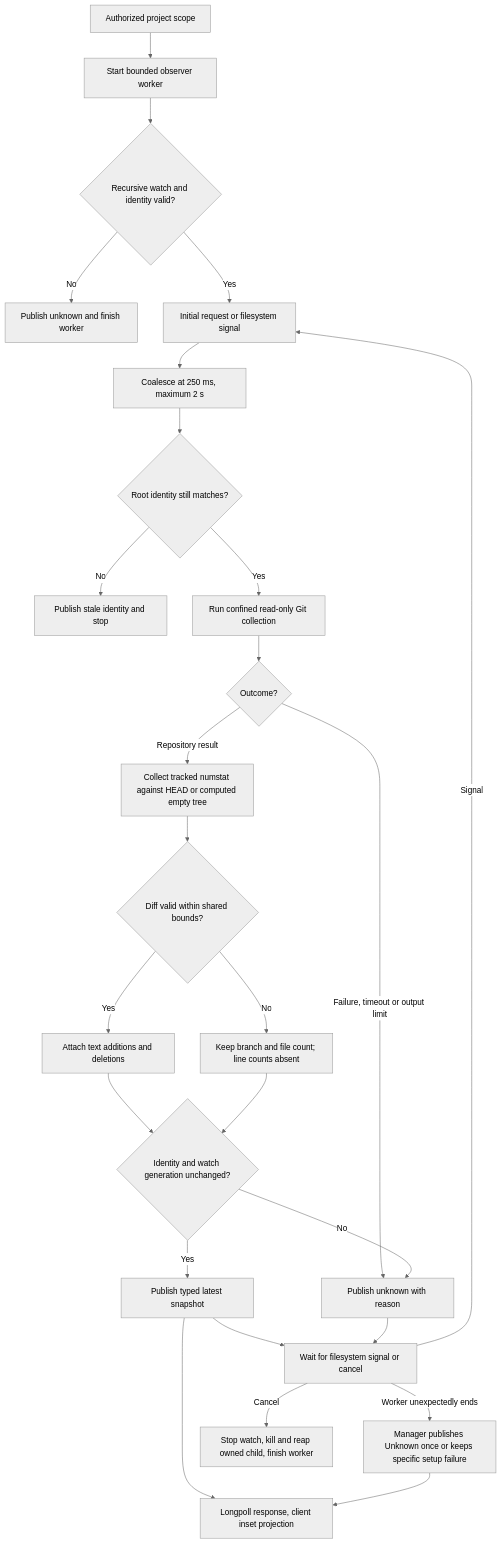
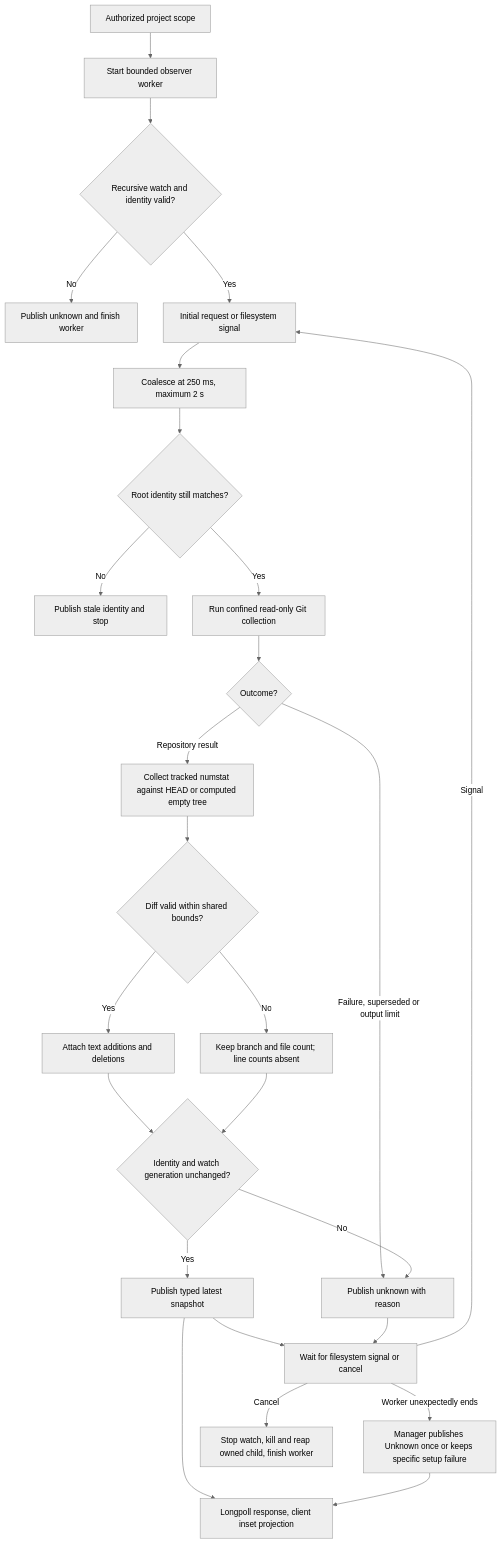
Before and after one commit to pidster/asura: the first of 2 diagrams in docs/designs/context-observations.md, drawn with Mermaid (neutral theme). The commit also changed other lines of this file and 39 other files, not shown here.

````diff
--- a/docs/designs/context-observations.md
+++ b/docs/designs/context-observations.md
@@ -76,28 +81,28 @@
 ```mermaid
 flowchart TD
     Request["Authorized project scope"] --> Worker["Start bounded observer worker"]
     Worker --> Watch{"Recursive watch and identity valid?"}
     Watch -->|No| SetupFailed["Publish unknown and finish worker"]
     Watch -->|Yes| Signal["Initial request or filesystem signal"]
     Signal --> Debounce["Coalesce at 250 ms, maximum 2 s"]
     Debounce --> Identity{"Root identity still matches?"}
     Identity -->|No| Stale["Publish stale identity and stop"]
     Identity -->|Yes| Git["Run confined read-only Git collection"]
     Git --> Result{"Outcome?"}
-    Result -->|Failure, timeout or output limit| Unknown["Publish unknown with reason"]
+    Result -->|Failure, superseded or output limit| Unknown["Publish unknown with reason"]
     Result -->|Repository result| Diff["Collect tracked numstat against HEAD or computed empty tree"]
     Diff --> Counts{"Diff valid within shared bounds?"}
     Counts -->|Yes| Totals["Attach text additions and deletions"]
     Counts -->|No| Partial["Keep branch and file count; line counts absent"]
     Totals --> Fence
     Partial --> Fence{"Identity and watch generation unchanged?"}
     Fence -->|No| Unknown
     Fence -->|Yes| Publish["Publish typed latest snapshot"]
     Publish --> UI["Longpoll response, client inset projection"]
     Publish --> Wait["Wait for filesystem signal or cancel"]
     Unknown --> Wait
     Wait -->|Signal| Signal
     Wait -->|Worker unexpectedly ends| Ended["Manager publishes Unknown once or keeps specific setup failure"]
     Ended --> UI
     Wait -->|Cancel| Close["Stop watch, kill and reap owned child, finish worker"]
 ```
````
